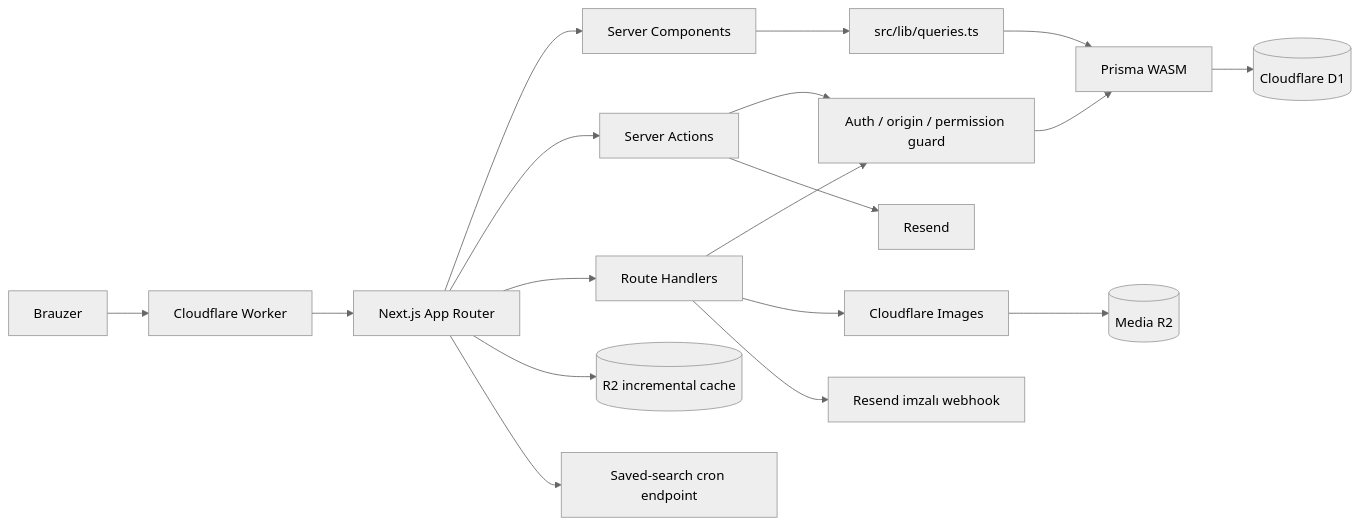
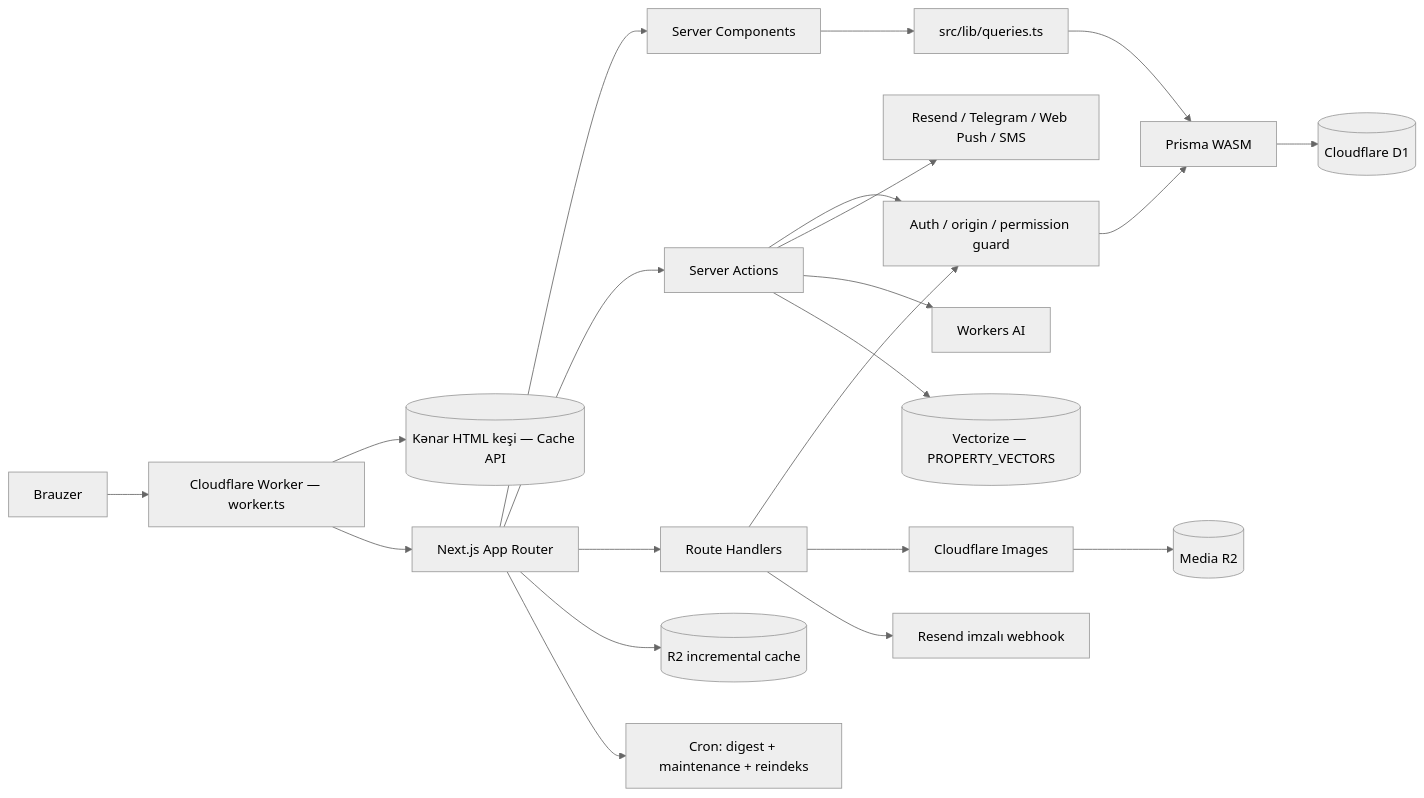
The first of 2 diagrams in Wiki/Architecture.md (MuradoffTehmez/LuxeHome), drawn with Mermaid (neutral theme) before and after one commit. The commit also changed other lines of this file and 21 other files, not shown here.

````diff
--- a/Wiki/Architecture.md
+++ b/Wiki/Architecture.md
@@ -7,20 +7,23 @@
 ```mermaid
 flowchart LR
-    B[Brauzer] --> W[Cloudflare Worker]
+    B[Brauzer] --> W[Cloudflare Worker — worker.ts]
+    W --> EC[(Kənar HTML keşi — Cache API)]
     W --> N[Next.js App Router]
     N --> SC[Server Components]
     N --> SA[Server Actions]
     N --> RH[Route Handlers]
     SC --> Q[src/lib/queries.ts]
     Q --> P[Prisma WASM]
     SA --> G[Auth / origin / permission guard]
     G --> P
     RH --> G
     P --> D1[(Cloudflare D1)]
     RH --> I[Cloudflare Images]
     I --> R2[(Media R2)]
     N --> C[(R2 incremental cache)]
-    SA --> E[Resend]
+    SA --> E[Resend / Telegram / Web Push / SMS]
     RH --> WH[Resend imzalı webhook]
-    N --> CR[Saved-search cron endpoint]
+    N --> CR[Cron: digest + maintenance + reindeks]
+    SA --> AI[Workers AI]
+    SA --> V[(Vectorize — PROPERTY_VECTORS)]
 ```
````
